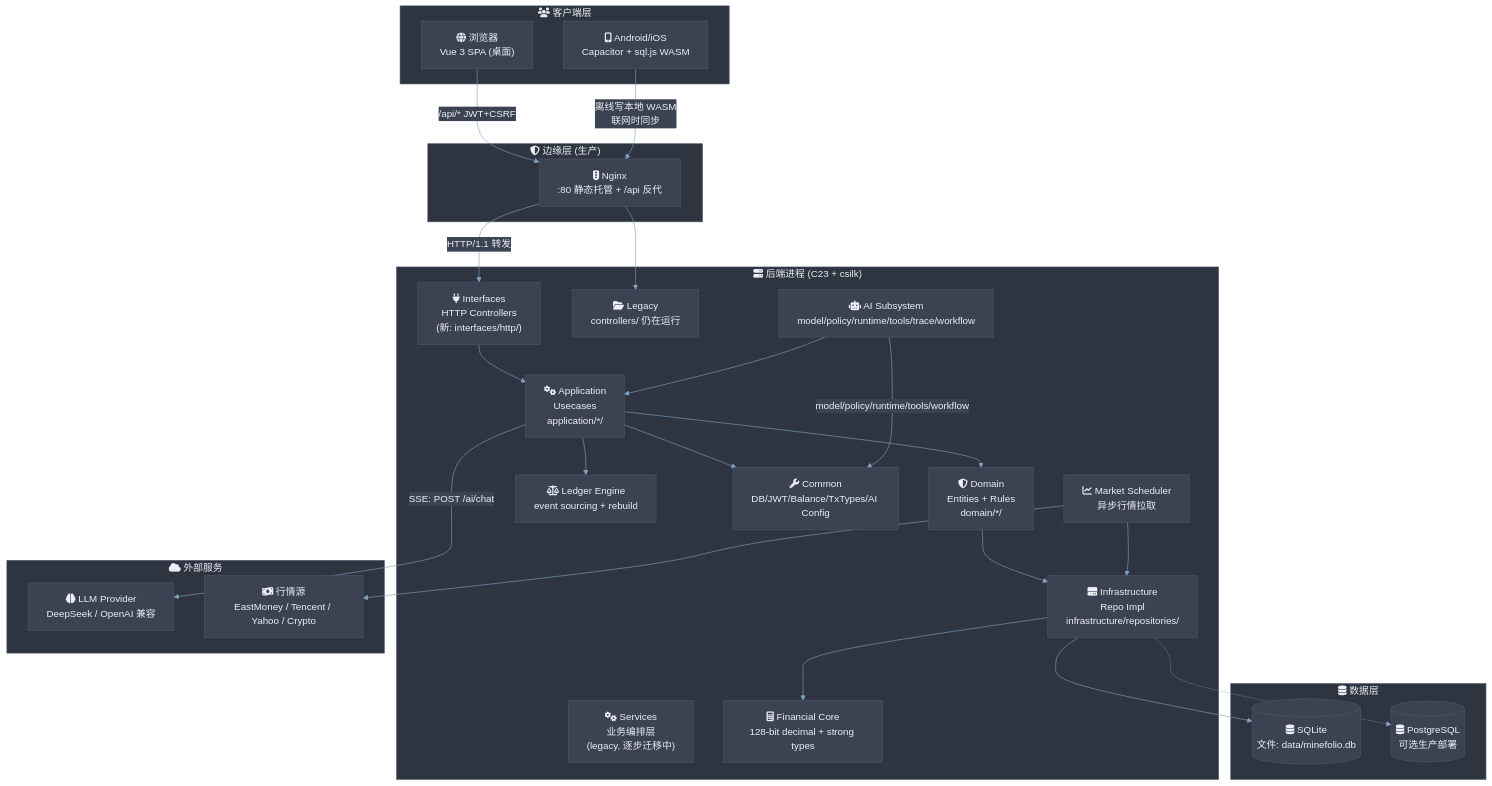
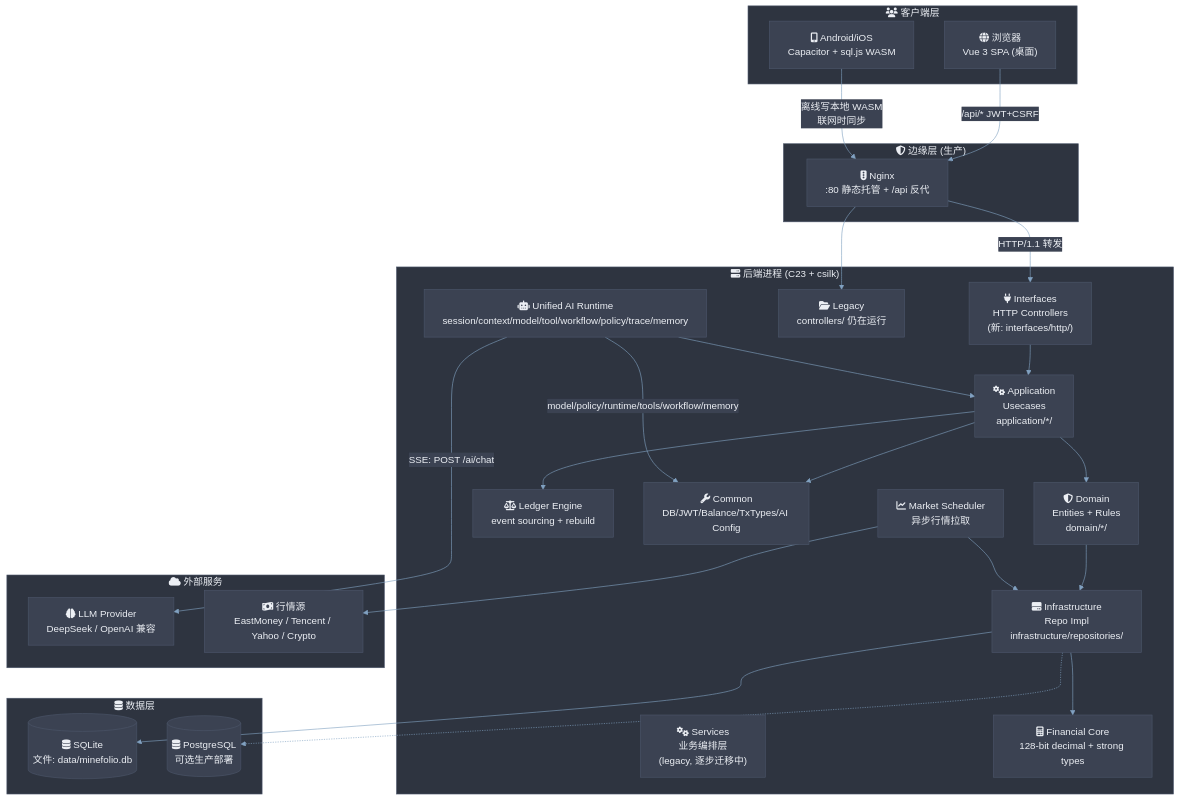
The first of 9 diagrams in docs/architecture.md (quintin-lee/Minefolio), drawn with Mermaid before and after one commit. The commit also changed other lines of this file and 3 other files, not shown here.

Commit message:
docs(ai): 📝 update documentation and architecture specs for unified ai runtime

````diff
--- a/docs/architecture.md
+++ b/docs/architecture.md
@@ -23,65 +23,65 @@
 ```mermaid
 %%{init: {
   'theme': 'base',
   'themeVariables': {
     'background': '#2E3440','primaryColor': '#81A1C1','primaryBorderColor': '#4C566A',
     'primaryTextColor': '#ECEFF4','secondaryColor': '#3B4252','secondaryBorderColor': '#434C5E',
     'secondaryTextColor': '#D8DEE9','lineColor': '#81A1C1','textColor': '#ECEFF4',
     'mainBkg': '#3B4252','nodeBorder': '#4C566A','clusterBkg': '#2E3440',
     'clusterBorder': '#4C566A','titleColor': '#ECEFF4','edgeLabelBackground': '#3B4252',
     'nodeTextColor': '#ECEFF4'
   },
   'flowchart': {'htmlLabels': true, 'curve': 'basis'}
 }}%%
 graph TB
     subgraph clients["fa:fa-users 客户端层"]
         browser["fa:fa-globe 浏览器<br/>Vue 3 SPA (桌面)"]
         mobile["fa:fa-mobile-alt Android/iOS<br/>Capacitor + sql.js WASM"]
     end
 
     subgraph edge["fa:fa-shield-alt 边缘层 (生产)"]
         nginx["fa:fa-traffic-light Nginx<br/>:80 静态托管 + /api 反代"]
     end
 
     subgraph backend["fa:fa-server 后端进程 (C23 + csilk)"]
         interfaces["fa:fa-plug Interfaces<br/>HTTP Controllers<br/>(新: interfaces/http/)"]
         legacy_ctrl["fa:fa-folder-open Legacy<br/>controllers/ 仍在运行"]
         svc["fa:fa-cogs Services<br/>业务编排层<br/>(legacy, 逐步迁移中)"]
         app["fa:fa-cogs Application<br/>Usecases<br/>application/*/"]
         domain["fa:fa-shield-alt Domain<br/>Entities + Rules<br/>domain/*/"]
         infra["fa:fa-hdd Infrastructure<br/>Repo Impl<br/>infrastructure/repositories/"]
         core["fa:fa-calculator Financial Core<br/>128-bit decimal + strong types"]
         ledger["fa:fa-balance-scale Ledger Engine<br/>event sourcing + rebuild"]
         shared["fa:fa-wrench Common<br/>DB/JWT/Balance/TxTypes/AI Config"]
-        ai["fa:fa-robot AI Subsystem<br/>model/policy/runtime/tools/trace/workflow"]
+        ai["fa:fa-robot Unified AI Runtime<br/>session/context/model/tool/workflow/policy/trace/memory"]
         market["fa:fa-chart-line Market Scheduler<br/>异步行情拉取"]
     end
 
     subgraph data["fa:fa-database 数据层"]
         sqlite[("fa:fa-database SQLite<br/>文件: data/minefolio.db")]
         pg[("fa:fa-database PostgreSQL<br/>可选生产部署")]
     end
 
     subgraph external["fa:fa-cloud 外部服务"]
         llm["fa:fa-brain LLM Provider<br/>DeepSeek / OpenAI 兼容"]
         quotes["fa:fa-money-bill-wave 行情源<br/>EastMoney / Tencent / Yahoo / Crypto"]
     end
 
     browser -->|"/api/* JWT+CSRF"| nginx
     mobile -->|"离线写本地 WASM<br/>联网时同步"| nginx
     nginx -->|"HTTP/1.1 转发"| interfaces
     nginx --> legacy_ctrl
     interfaces --> app
     app --> domain
     domain --> infra
     infra --> core
     app --> ledger
     app --> shared
     ai --> app
-    ai -->|"model/policy/runtime/tools/workflow"| shared
+    ai -->|"model/policy/runtime/tools/workflow/memory"| shared
     market --> quotes
     market --> infra
-    app -->|"SSE: POST /ai/chat"| llm
+    ai -->|"SSE: POST /ai/chat"| llm
     infra --> sqlite
     infra -.-> pg
 ```
````
